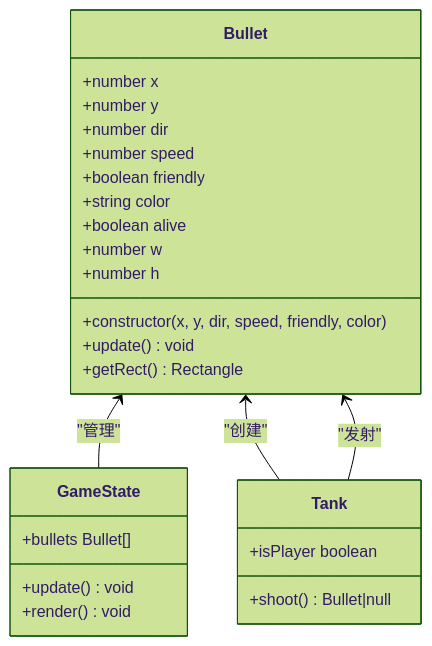
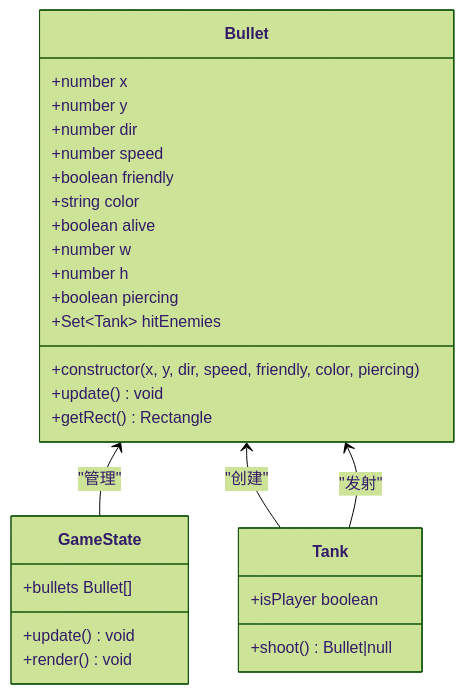
The second of 9 diagrams in .qoder/repowiki/zh/content/游戏机制/游戏对象系统/子弹系统.md (mrancc/reimagined-journey), drawn with Mermaid (forest theme) before and after one commit. The commit also changed other lines of this file and 8 other files, not shown here.

````diff
--- a/.qoder/repowiki/zh/content/游戏机制/游戏对象系统/子弹系统.md
+++ b/.qoder/repowiki/zh/content/游戏机制/游戏对象系统/子弹系统.md
@@ -65,29 +73,31 @@
 ```mermaid
 classDiagram
 class Bullet {
 +number x
 +number y
 +number dir
 +number speed
 +boolean friendly
 +string color
 +boolean alive
 +number w
 +number h
-+constructor(x, y, dir, speed, friendly, color)
++boolean piercing
++Set~Tank~ hitEnemies
++constructor(x, y, dir, speed, friendly, color, piercing)
 +update() void
 +getRect() Rectangle
 }
 class Tank {
 +shoot() Bullet|null
 +isPlayer boolean
 }
 class GameState {
 +bullets Bullet[]
 +update() void
 +render() void
 }
 Bullet <-- GameState : "管理"
 Bullet <-- Tank : "创建"
 Tank --> Bullet : "发射"
 ```
````
